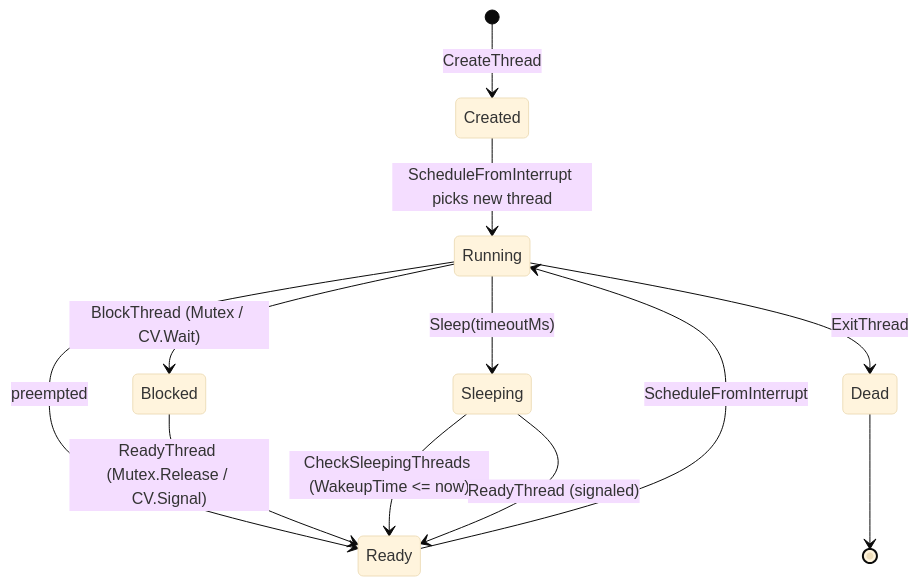
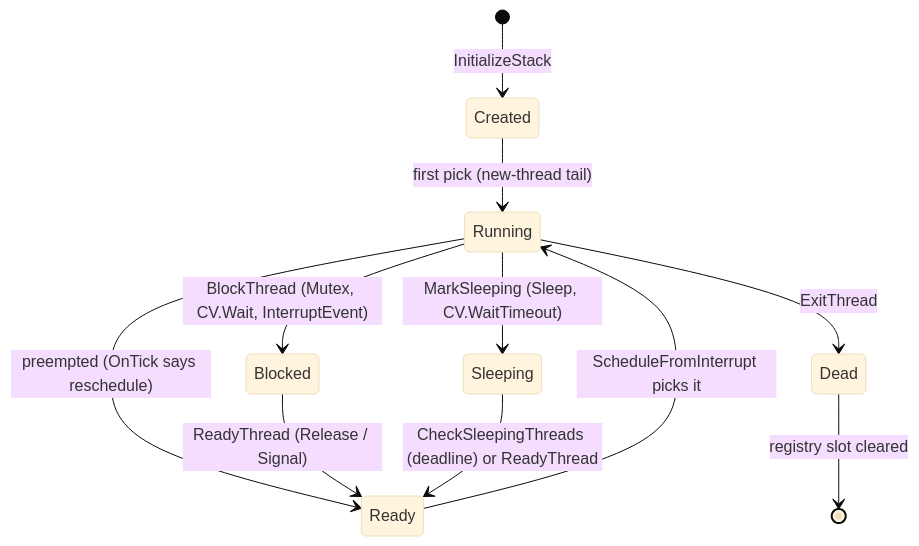
Before and after one commit to valentinbreiz/nativeaot-patcher: the second of 4 diagrams in docs/articles/dev/scheduler.md, drawn with Mermaid (base theme). The commit also changed other lines of this file and 10 other files, not shown here.

````diff
--- a/docs/articles/dev/scheduler.md
+++ b/docs/articles/dev/scheduler.md
@@ -113,14 +103,13 @@
 ```mermaid
 stateDiagram-v2
-    [*] --> Created: CreateThread
-    Created --> Running: ScheduleFromInterrupt picks new thread
-    Running --> Ready: preempted
-    Ready --> Running: ScheduleFromInterrupt
-    Running --> Blocked: BlockThread (Mutex / CV.Wait)
-    Running --> Sleeping: Sleep(timeoutMs)
-    Blocked --> Ready: ReadyThread (Mutex.Release / CV.Signal)
-    Sleeping --> Ready: CheckSleepingThreads (WakeupTime <= now)
-    Sleeping --> Ready: ReadyThread (signaled)
+    [*] --> Created: InitializeStack
+    Created --> Running: first pick (new-thread tail)
+    Running --> Ready: preempted (OnTick says reschedule)
+    Ready --> Running: ScheduleFromInterrupt picks it
+    Running --> Blocked: BlockThread (Mutex, CV.Wait, InterruptEvent)
+    Running --> Sleeping: MarkSleeping (Sleep, CV.WaitTimeout)
+    Blocked --> Ready: ReadyThread (Release / Signal)
+    Sleeping --> Ready: CheckSleepingThreads (deadline) or ReadyThread
     Running --> Dead: ExitThread
-    Dead --> [*]
+    Dead --> [*]: registry slot cleared
 ```
````
